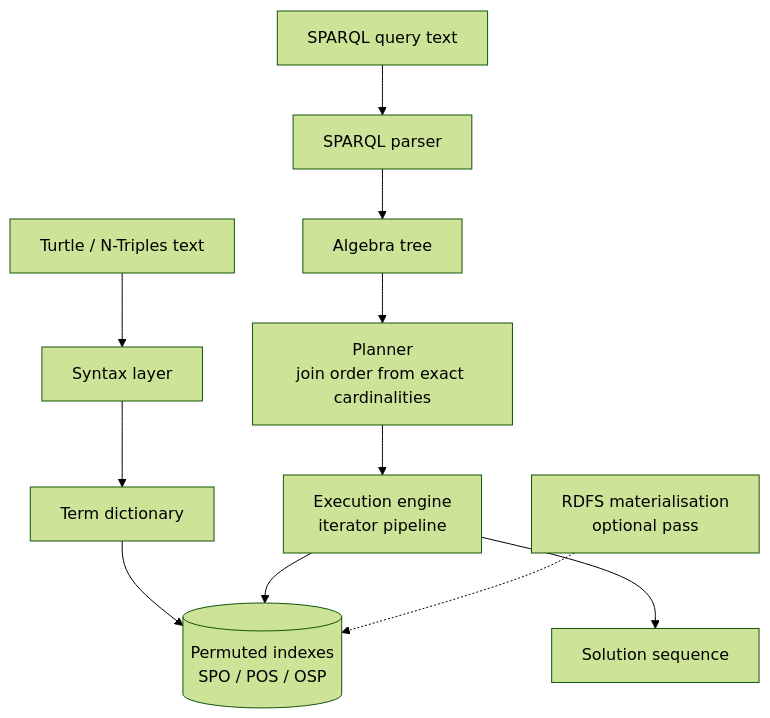
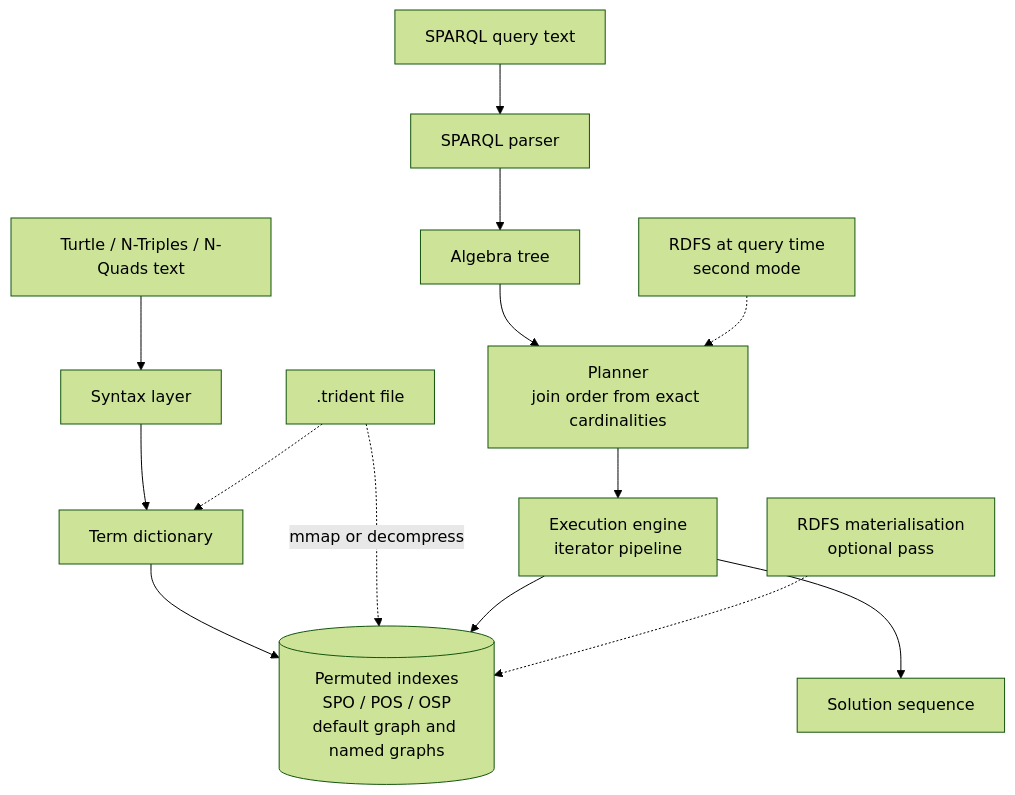
One commit to Alex-Tsvetanov/trident changed the diagram in README.md. Above: the diagram before and after it, drawn with Mermaid (forest theme). The commit also changed other lines of this file and 30 other files, not shown here.

First line of the commit message:
Add mmap reopen, index compression, query-time RDFS, and named graphs

````diff
--- a/README.md
+++ b/README.md
@@ -27,15 +29,18 @@
 ```mermaid
 flowchart TD
-    ttl[Turtle / N-Triples text] --> parser[Syntax layer]
+    ttl[Turtle / N-Triples / N-Quads text] --> parser[Syntax layer]
     parser --> dict[Term dictionary]
-    dict --> idx[(Permuted indexes<br/>SPO / POS / OSP)]
+    dict --> idx[(Permuted indexes<br/>SPO / POS / OSP<br/>default graph and named graphs)]
+    file[.trident file] -.->|mmap or decompress| idx
+    file -.-> dict
 
     q[SPARQL query text] --> sparql[SPARQL parser]
     sparql --> alg[Algebra tree]
     alg --> planner[Planner<br/>join order from exact cardinalities]
     planner --> exec[Execution engine<br/>iterator pipeline]
     exec --> idx
     exec --> res[Solution sequence]
 
     rdfs[RDFS materialisation<br/>optional pass] -.-> idx
+    rdfsQ[RDFS at query time<br/>second mode] -.-> planner
 ```
````
